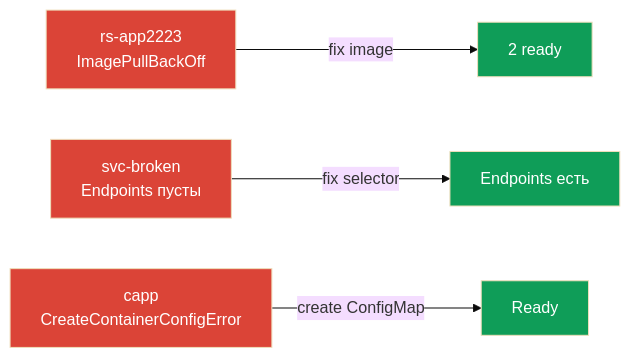
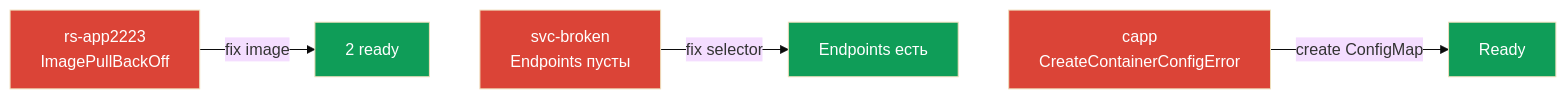
Before and after one commit to ViktorUJ/cks: the diagram in tasks/cka/labs/114/README_RU.MD, drawn with Mermaid (base theme). The commit also changed other lines of this file and 36 other files, not shown here.

````diff
--- a/tasks/cka/labs/114/README_RU.MD
+++ b/tasks/cka/labs/114/README_RU.MD
@@ -29,12 +36,14 @@
 ```mermaid
 flowchart LR
     a["rs-app2223<br>ImagePullBackOff"] -->|"fix image"| a2["2 ready"]
     b["svc-broken<br>Endpoints пусты"] -->|"fix selector"| b2["Endpoints есть"]
     c["capp<br>CreateContainerConfigError"] -->|"create ConfigMap"| c2["Ready"]
+    a2 ~~~ b
+    b2 ~~~ c
     style a fill:#db4437,color:#fff
     style b fill:#db4437,color:#fff
     style c fill:#db4437,color:#fff
     style a2 fill:#0f9d58,color:#fff
     style b2 fill:#0f9d58,color:#fff
     style c2 fill:#0f9d58,color:#fff
 ```
````
